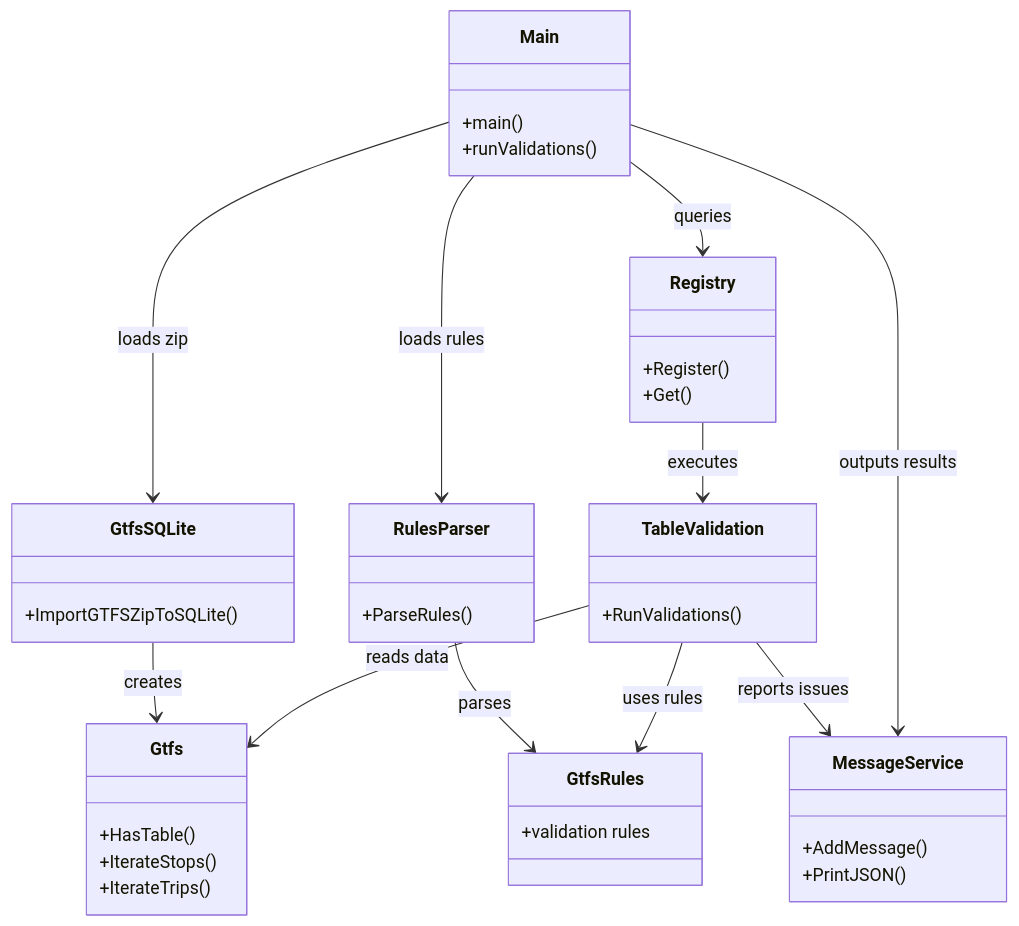
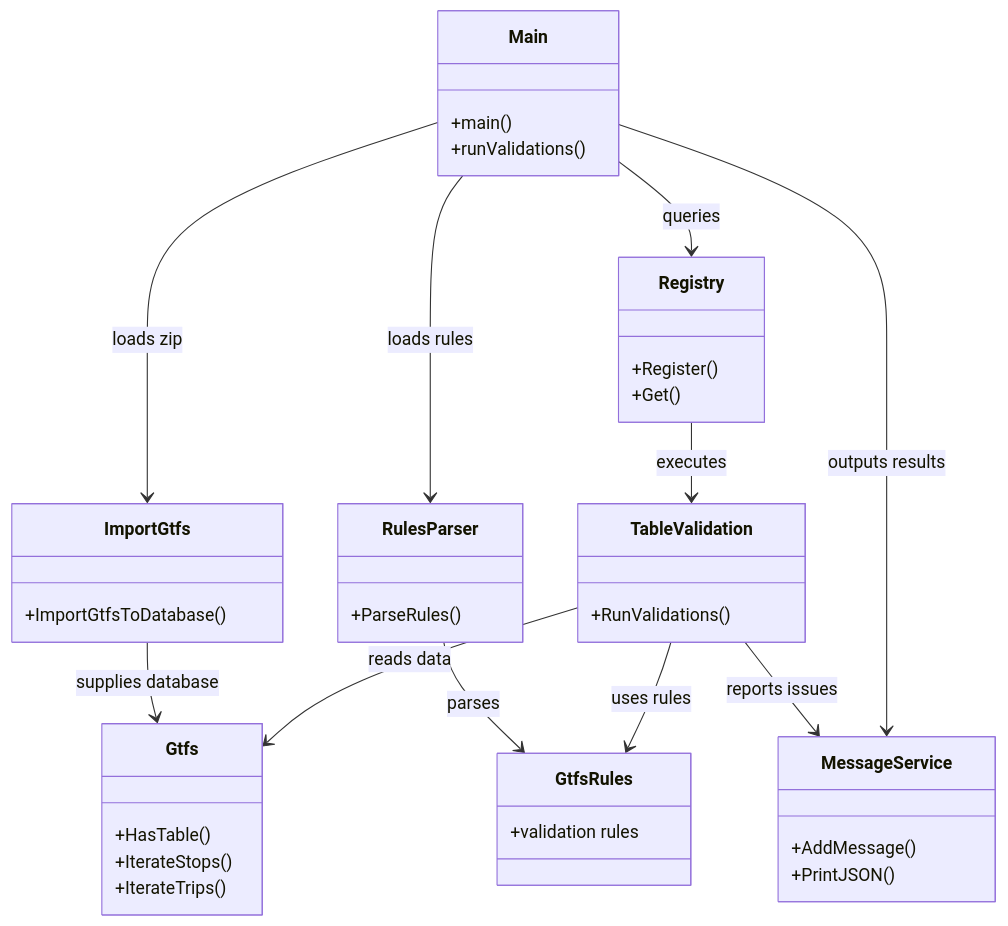
The diagram in packages-golang/validator/README.md (tmlmobilidade/go), drawn with Mermaid before and after one commit. The commit also changed other lines of this file and 2 other files, not shown here.

First line of the commit message:
refactor(validator): update README and utility functions for GTFS import

````diff
--- a/packages-golang/validator/README.md
+++ b/packages-golang/validator/README.md
@@ -52,51 +52,51 @@
 ```mermaid
 classDiagram
     class Main {
         +main()
         +runValidations()
     }
     
-    class GtfsSQLite {
-        +ImportGTFSZipToSQLite()
+    class ImportGtfs {
+        +ImportGtfsToDatabase()
     }
     
     class Gtfs {
         +HasTable()
         +IterateStops()
         +IterateTrips()
     }
     
     class RulesParser {
         +ParseRules()
     }
     
     class GtfsRules {
         +validation rules
     }
     
     class Registry {
         +Register()
         +Get()
     }
     
     class TableValidation {
         +RunValidations()
     }
     
-    Main --> GtfsSQLite : loads zip
-    GtfsSQLite --> Gtfs : creates
+    Main --> ImportGtfs : loads zip
+    ImportGtfs --> Gtfs : supplies database
     Main --> RulesParser : loads rules
     RulesParser --> GtfsRules : parses
     Main --> Registry : queries
     Registry --> TableValidation : executes
     TableValidation --> Gtfs : reads data
     TableValidation --> GtfsRules : uses rules
     
     class MessageService {
         +AddMessage()
         +PrintJSON()
     }
     
     TableValidation --> MessageService : reports issues
     Main --> MessageService : outputs results
 ```
````
